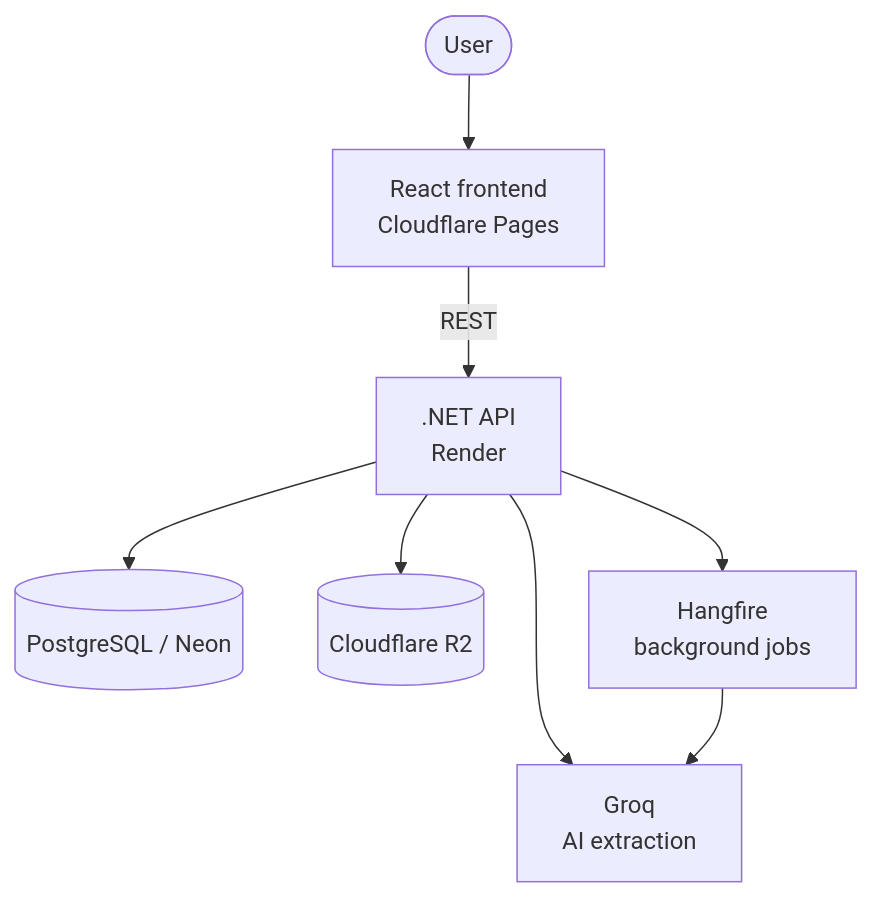
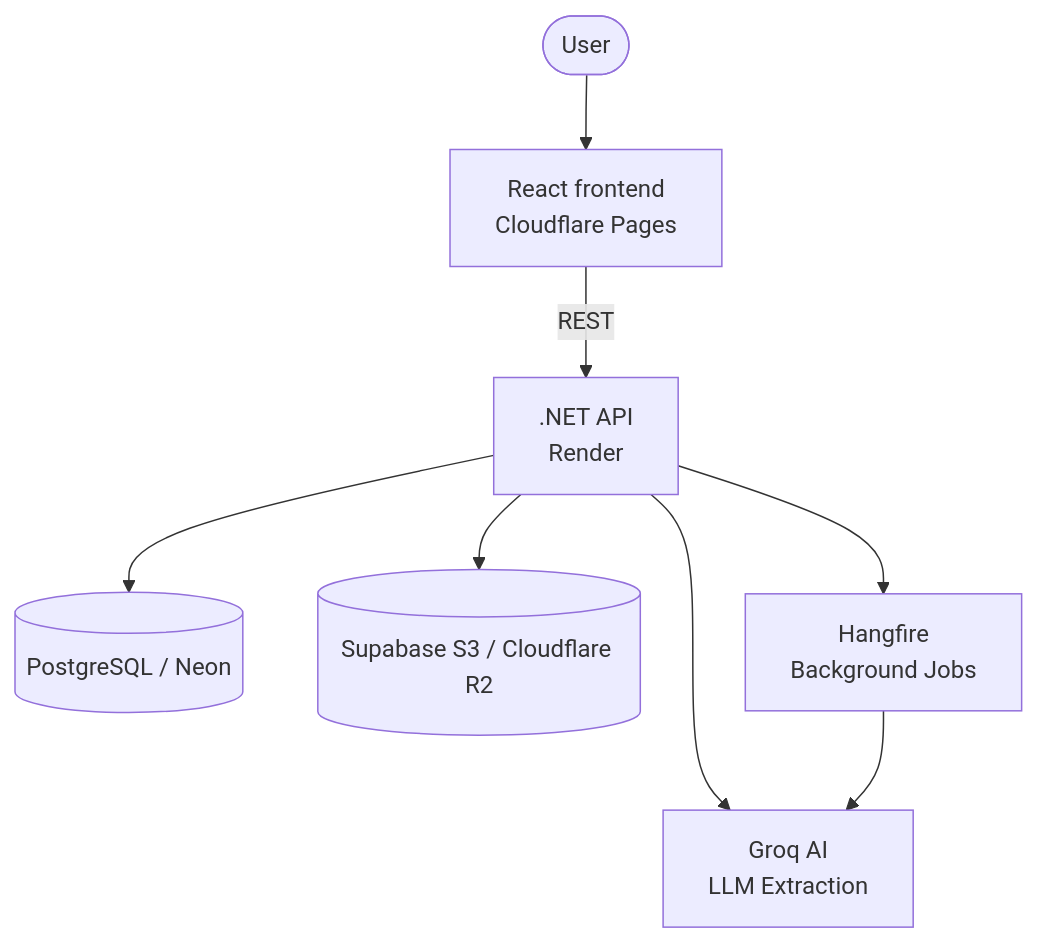
The second of 2 diagrams in README.md (arvind05094/docuflow), drawn with Mermaid before and after one commit. The commit also changed other lines of this file, not shown here.

````diff
--- a/README.md
+++ b/README.md
@@ -97,10 +100,11 @@
 ```mermaid
 flowchart TD
     User([User]) --> SWA[React frontend<br/>Cloudflare Pages]
     SWA -->|REST| API[.NET API<br/>Render]
     API --> PG[(PostgreSQL / Neon)]
-    API --> R2[(Cloudflare R2)]
-    API --> Groq[Groq<br/>AI extraction]
-    API --> Hangfire[Hangfire<br/>background jobs]
+    API --> S3[(Supabase S3 / Cloudflare R2)]
+    API --> Groq[Groq AI<br/>LLM Extraction]
+    API --> Hangfire[Hangfire<br/>Background Jobs]
     Hangfire --> Groq
+
 ```
````
